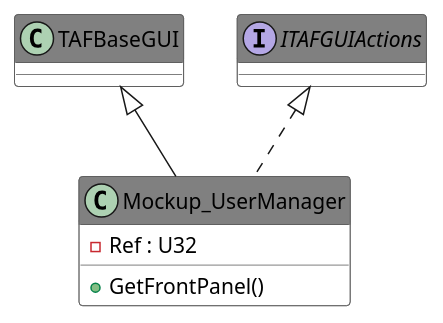
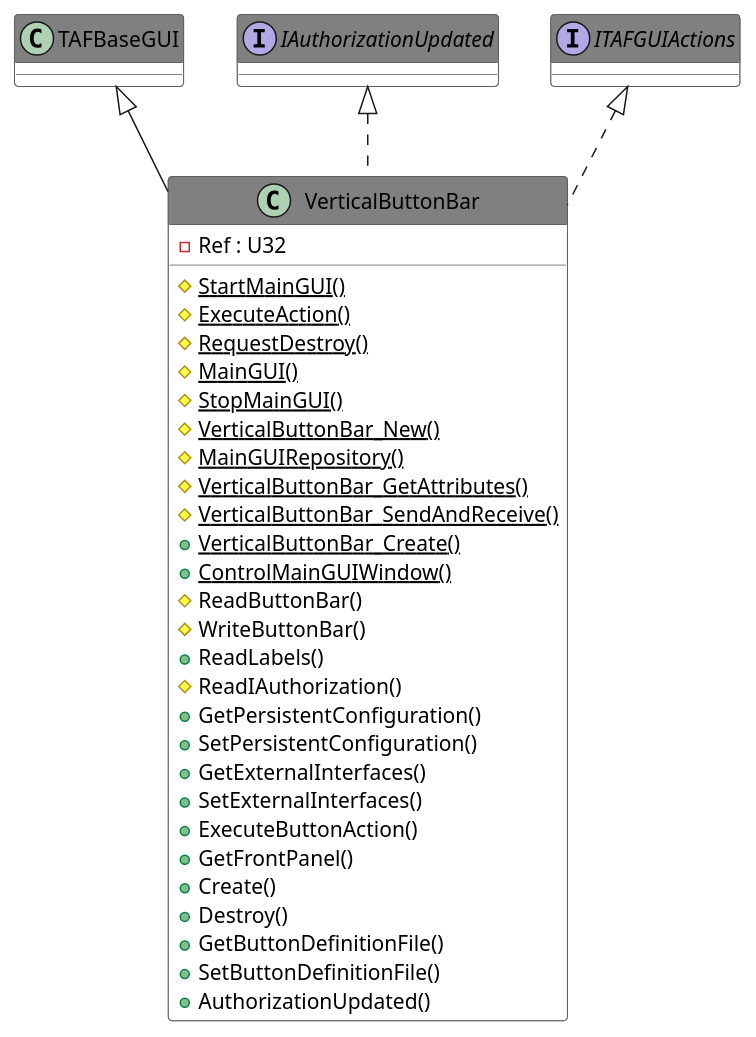
Before and after one commit to PatriekBruins/TriekselsoftApplicationFramework: the diagram in Source/Antidoc-Output/Includes/043.adoc, drawn with PlantUML. The commit also changed other lines of this file and 692 other files, not shown here.

```diff
--- a/Source/Antidoc-Output/Includes/043.adoc
+++ b/Source/Antidoc-Output/Includes/043.adoc
@@ -8,24 +8,51 @@
 [plantuml, format="svg", align="center"]
 ....
 @startuml
 set namespaceSeparator :
 skinparam ClassBackgroundColor #FFFFFF
 skinparam ClassBorderColor #555555
 skinparam ClassFontColor #000000
 skinparam ClassHeaderBackgroundColor #808080
 
 skinparam top to bottom direction
-class "Mockup_UserManager" {
+class "VerticalButtonBar" {
 {field} -Ref : U32
+{static} {method} #StartMainGUI()
+{static} {method} #ExecuteAction()
+{static} {method} #RequestDestroy()
+{static} {method} #MainGUI()
+{static} {method} #StopMainGUI()
+{static} {method} #VerticalButtonBar_New()
+{static} {method} #MainGUIRepository()
+{static} {method} #VerticalButtonBar_GetAttributes()
+{static} {method} #VerticalButtonBar_SendAndReceive()
+{static} {method} +VerticalButtonBar_Create()
+{static} {method} +ControlMainGUIWindow()
+{method} #ReadButtonBar()
+{method} #WriteButtonBar()
+{method} +ReadLabels()
+{method} #ReadIAuthorization()
+{method} +GetPersistentConfiguration()
+{method} +SetPersistentConfiguration()
+{method} +GetExternalInterfaces()
+{method} +SetExternalInterfaces()
+{method} +ExecuteButtonAction()
 {method} +GetFrontPanel()
+{method} +Create()
+{method} +Destroy()
+{method} +GetButtonDefinitionFile()
+{method} +SetButtonDefinitionFile()
+{method} +AuthorizationUpdated()
 
 }
-"TAFBaseGUI" <|-- "Mockup_UserManager"
-"ITAFGUIActions" <|.. "Mockup_UserManager"
+"TAFBaseGUI" <|-- "VerticalButtonBar"
+"IAuthorizationUpdated" <|.. "VerticalButtonBar"
+interface "IAuthorizationUpdated" {}
+"ITAFGUIActions" <|.. "VerticalButtonBar"
 interface "ITAFGUIActions" {}
 
 
 
 
 @enduml
 ....
```
